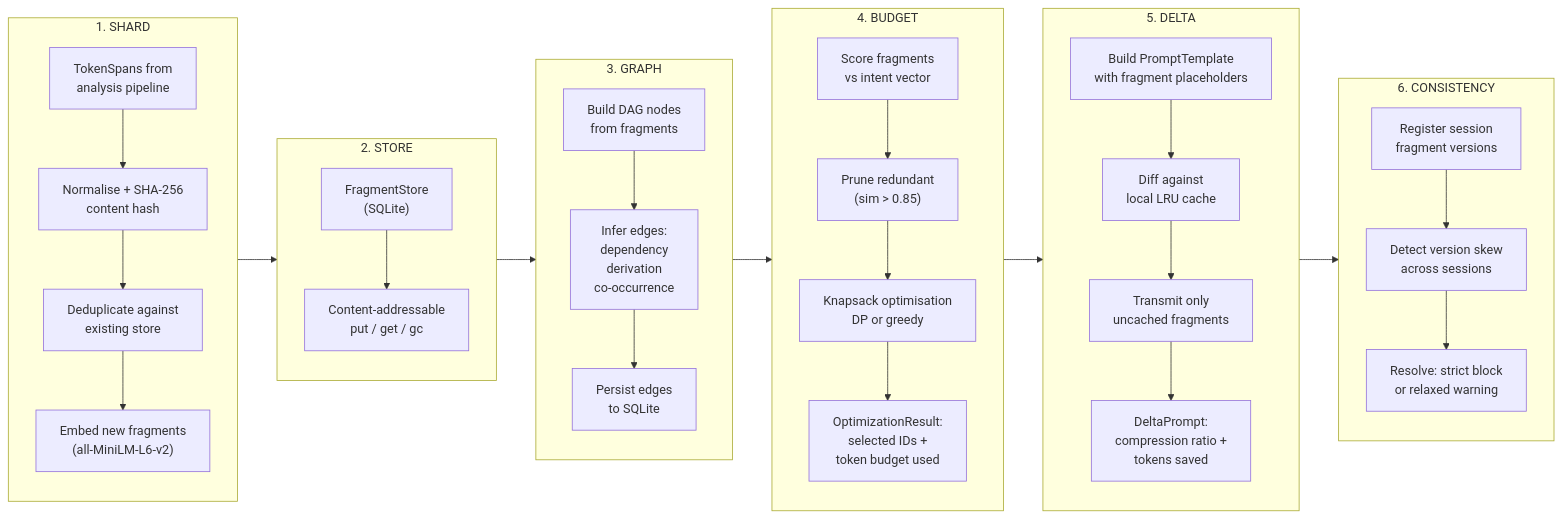
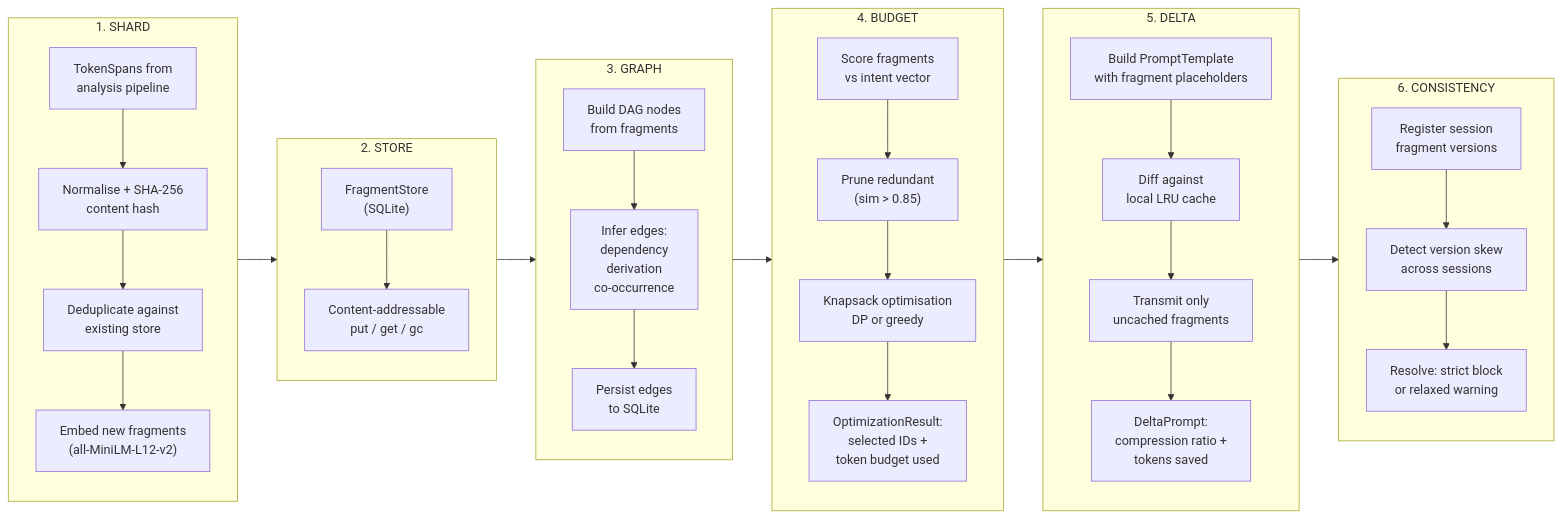
One commit to lgriffin/TER changed the third of 5 diagrams in docs/architecture.md. Above: the diagram before and after it, drawn with Mermaid. The commit also changed other lines of this file and 12 other files, not shown here.

````diff
--- a/docs/architecture.md
+++ b/docs/architecture.md
@@ -246,36 +268,36 @@
 ```mermaid
 flowchart LR
     subgraph SHARD["1. SHARD"]
         X1["TokenSpans from<br/>analysis pipeline"] --> X2["Normalise + SHA-256<br/>content hash"]
         X2 --> X3["Deduplicate against<br/>existing store"]
-        X3 --> X4["Embed new fragments<br/>(all-MiniLM-L6-v2)"]
+        X3 --> X4["Embed new fragments<br/>(all-MiniLM-L12-v2)"]
     end
 
     subgraph STORE["2. STORE"]
         Y1["FragmentStore<br/>(SQLite)"] --> Y2["Content-addressable<br/>put / get / gc"]
     end
 
     subgraph GRAPH["3. GRAPH"]
         Z1["Build DAG nodes<br/>from fragments"] --> Z2["Infer edges:<br/>dependency<br/>derivation<br/>co-occurrence"]
         Z2 --> Z3["Persist edges<br/>to SQLite"]
     end
 
     subgraph BUDGET["4. BUDGET"]
         W1["Score fragments<br/>vs intent vector"] --> W2["Prune redundant<br/>(sim > 0.85)"]
         W2 --> W3["Knapsack optimisation<br/>DP or greedy"]
         W3 --> W4["OptimizationResult:<br/>selected IDs +<br/>token budget used"]
     end
 
     subgraph DELTA["5. DELTA"]
         V1["Build PromptTemplate<br/>with fragment placeholders"] --> V2["Diff against<br/>local LRU cache"]
         V2 --> V3["Transmit only<br/>uncached fragments"]
         V3 --> V4["DeltaPrompt:<br/>compression ratio +<br/>tokens saved"]
     end
 
     subgraph CONSIST["6. CONSISTENCY"]
         U1["Register session<br/>fragment versions"] --> U2["Detect version skew<br/>across sessions"]
         U2 --> U3["Resolve: strict block<br/>or relaxed warning"]
     end
 
     SHARD --> STORE --> GRAPH --> BUDGET --> DELTA --> CONSIST
 ```
````
